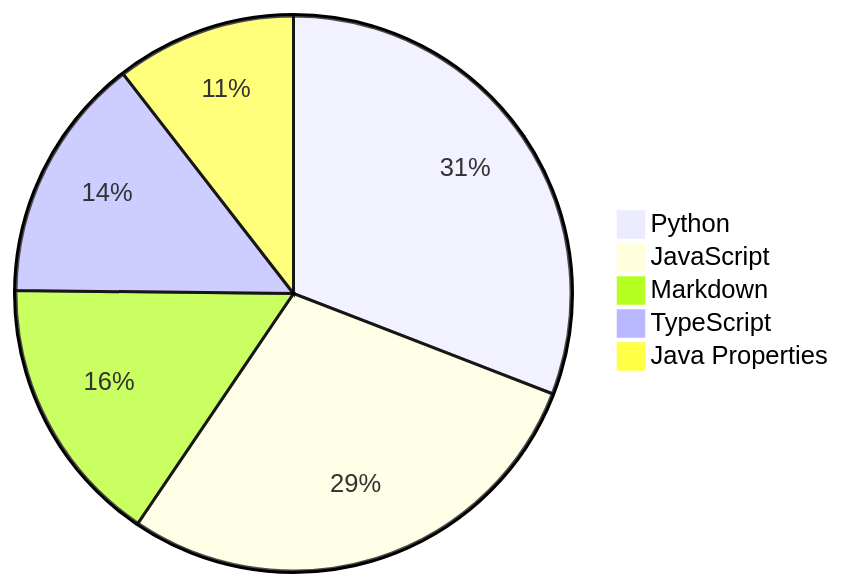
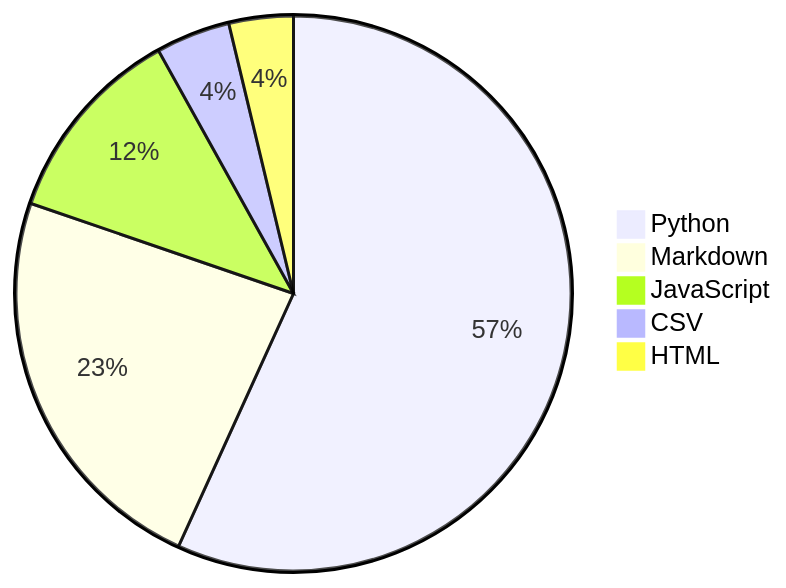
Before and after one commit to Alicia111/alicia111: the diagram in README.md, drawn with Mermaid.

Commit message:
Update WakaTime stats (・ω・)b

````diff
--- a/README.md
+++ b/README.md
@@ -32,8 +32,8 @@
 ```mermaid
 pie
-    "Python" : 25.61
-    "JavaScript" : 23.71
-    "Markdown" : 13.02
-    "TypeScript" : 11.88
-    "Java Properties" : 8.71
+    "Python" : 53.68
+    "Markdown" : 22.18
+    "JavaScript" : 11.03
+    "CSV" : 4.09
+    "HTML" : 3.54
 ```
````
